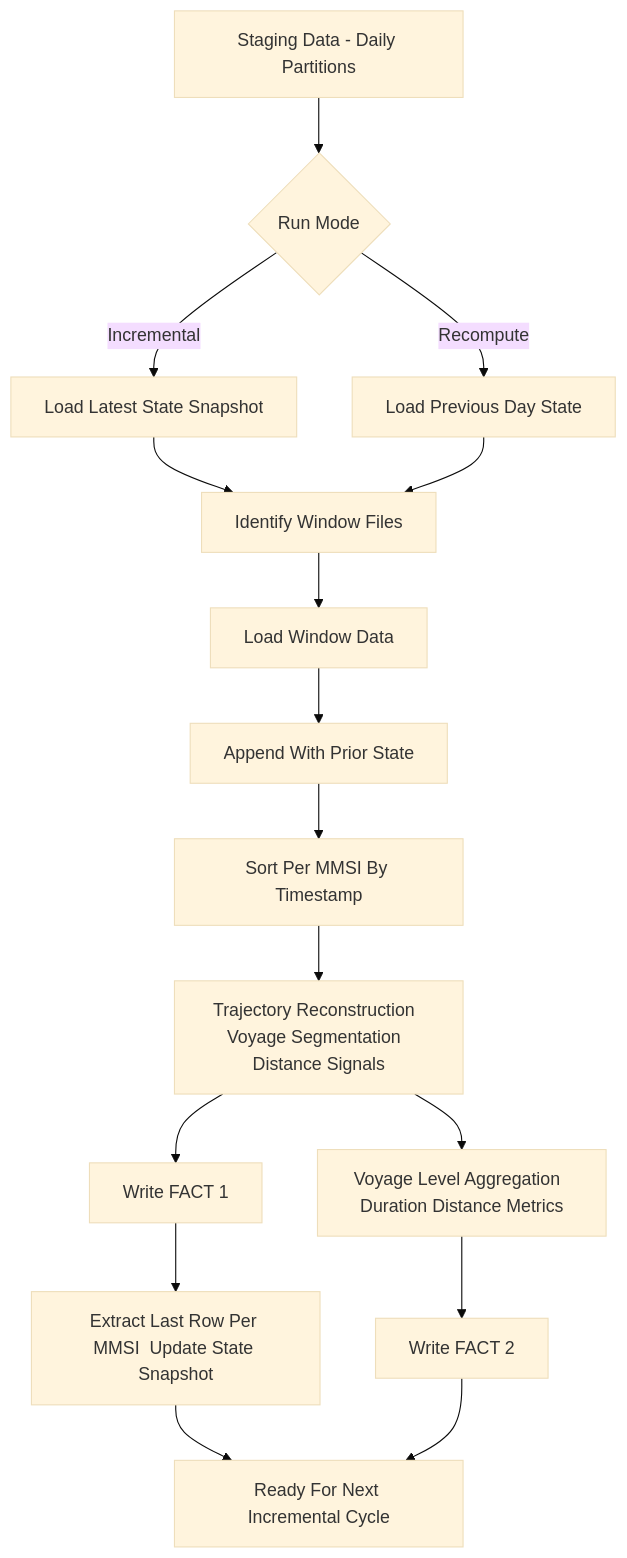
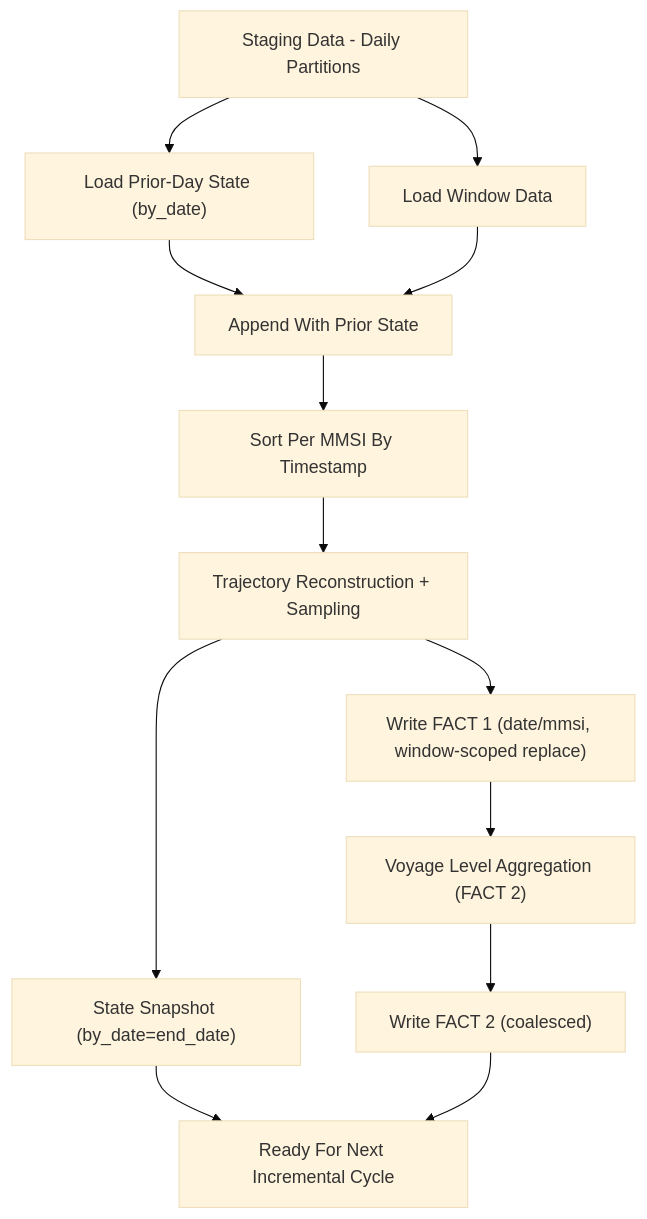
One commit to SivaPrasath26/noaa-ais-glue-lakehouse changed the third of 3 diagrams in README.md. Above: the diagram before and after it, drawn with Mermaid (base theme). The commit also changed other lines of this file and 4 other files, not shown here.

````diff
--- a/README.md
+++ b/README.md
@@ -67,18 +67,15 @@
 ```mermaid
 flowchart TD
-    A["Staging Data - Daily Partitions"] --> B{Run Mode}
-    B -->|Incremental| C["Load Latest State Snapshot"]
-    B -->|Recompute| D["Load Previous Day State"]
-    C --> E["Identify Window Files"]
-    D --> E
-    E --> F["Load Window Data"]
-    F --> G["Append With Prior State"]
-    G --> H["Sort Per MMSI By Timestamp"]
-    H --> I["Trajectory Reconstruction  Voyage Segmentation  Distance Signals"]
-    I --> J["Write FACT 1"]
-    J --> K["Extract Last Row Per MMSI  Update State Snapshot"]
-    I --> L["Voyage Level Aggregation  Duration Distance Metrics"]
-    L --> M["Write FACT 2"]
-    K --> N["Ready For Next Incremental Cycle"]
-    M --> N
+    A["Staging Data - Daily Partitions"] --> B["Load Prior-Day State (by_date)"]
+    A --> C["Load Window Data"]
+    B --> D["Append With Prior State"]
+    C --> D
+    D --> E["Sort Per MMSI By Timestamp"]
+    E --> F["Trajectory Reconstruction + Sampling"]
+    F --> G["Write FACT 1 (date/mmsi, window-scoped replace)"]
+    F --> H["State Snapshot (by_date=end_date)"]
+    G --> I["Voyage Level Aggregation (FACT 2)"]
+    I --> J["Write FACT 2 (coalesced)"]
+    H --> K["Ready For Next Incremental Cycle"]
+    J --> K
 ```
````
